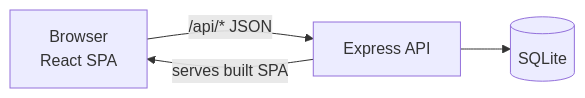
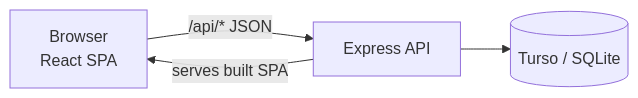
The diagram in README.md (Timnitt/German-Amharic-language-learning-website), drawn with Mermaid before and after one commit. The commit also changed other lines of this file and 1 other file, not shown here.

````diff
--- a/README.md
+++ b/README.md
@@ -78,6 +84,6 @@
 ```mermaid
 flowchart LR
     B[Browser<br/>React SPA] -->|/api/* JSON| S[Express API]
-    S --> D[(SQLite)]
+    S --> D[(Turso / SQLite)]
     S -->|serves built SPA| B
 ```
````
